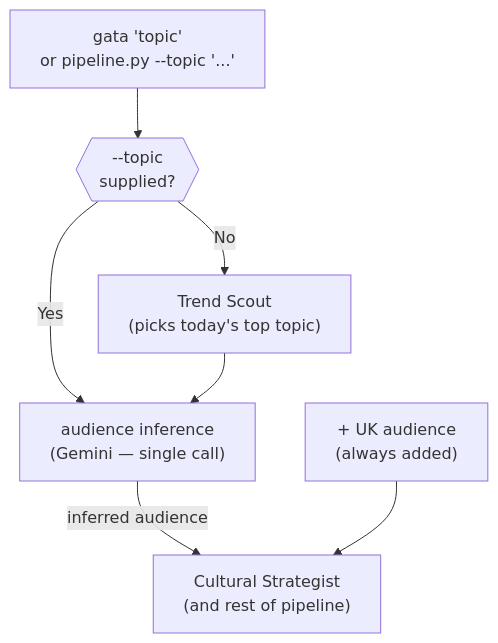
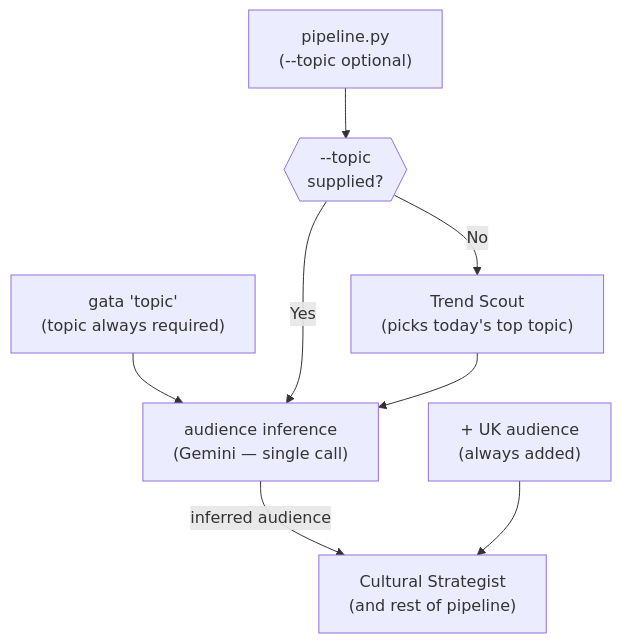
The second of 9 diagrams in docs/architecture.md (josemrsantos/gata), drawn with Mermaid before and after one commit. The commit also changed other lines of this file and 1 other file, not shown here.

First line of the commit message:
docs: fix gata CLI — topic is mandatory, Trend Scout only used by pipeline.py

````diff
--- a/docs/architecture.md
+++ b/docs/architecture.md
@@ -48,16 +52,18 @@
 ```mermaid
 flowchart TD
-    CMD["gata 'topic'\nor pipeline.py --topic '...'"]
+    GATA["gata 'topic'\n(topic always required)"]
+    PIPE["pipeline.py\n(--topic optional)"]
     DEC{{"--topic\nsupplied?"}}
     TS["Trend Scout\n(picks today's top topic)"]
     AUD["audience inference\n(Gemini — single call)"]
     CS["Cultural Strategist\n(and rest of pipeline)"]
     UK["+ UK audience\n(always added)"]
 
-    CMD --> DEC
+    GATA --> AUD
+    PIPE --> DEC
     DEC -->|"Yes"| AUD
     DEC -->|"No"| TS
     TS --> AUD
     AUD -->|"inferred audience"| CS
     UK --> CS
 ```
````
